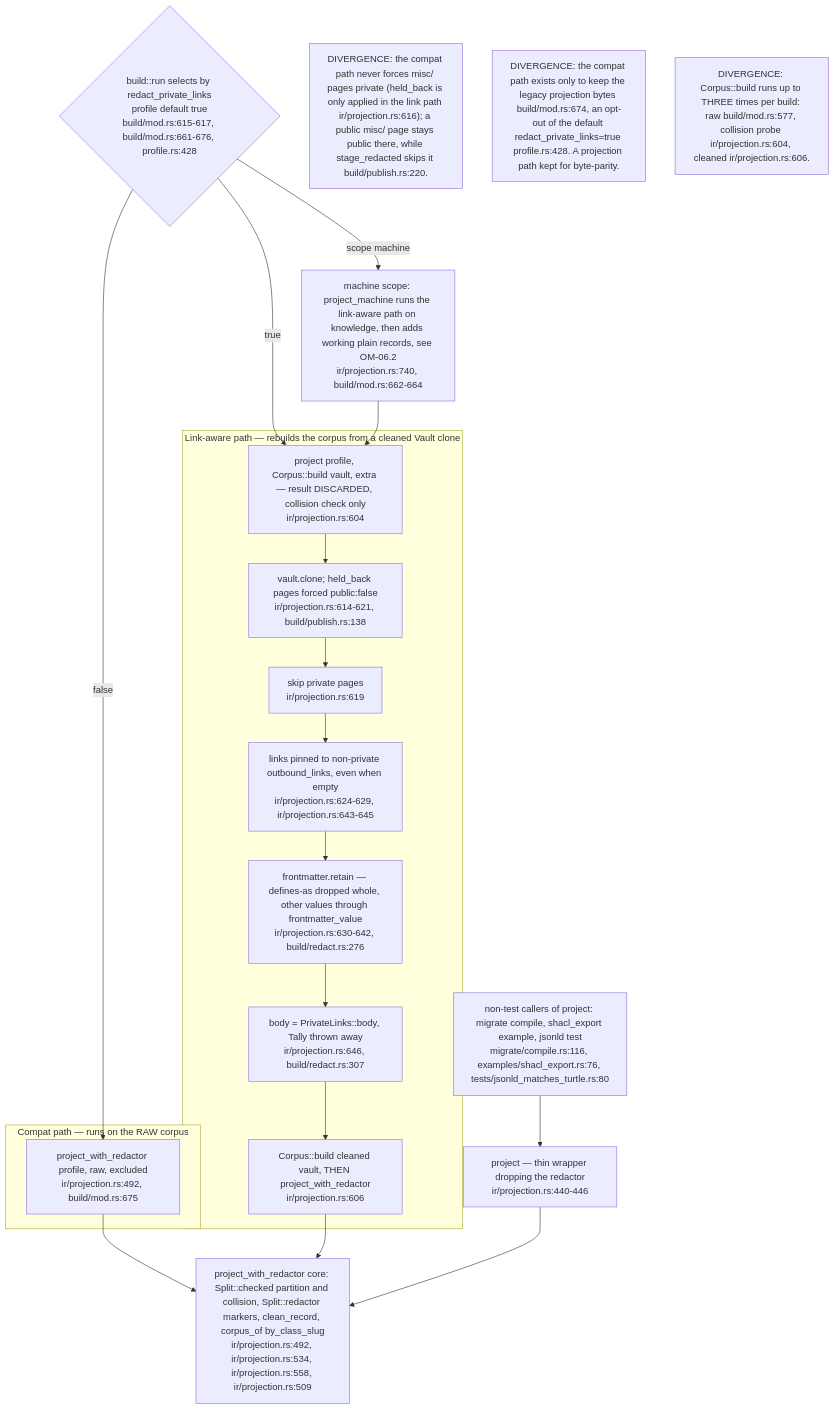
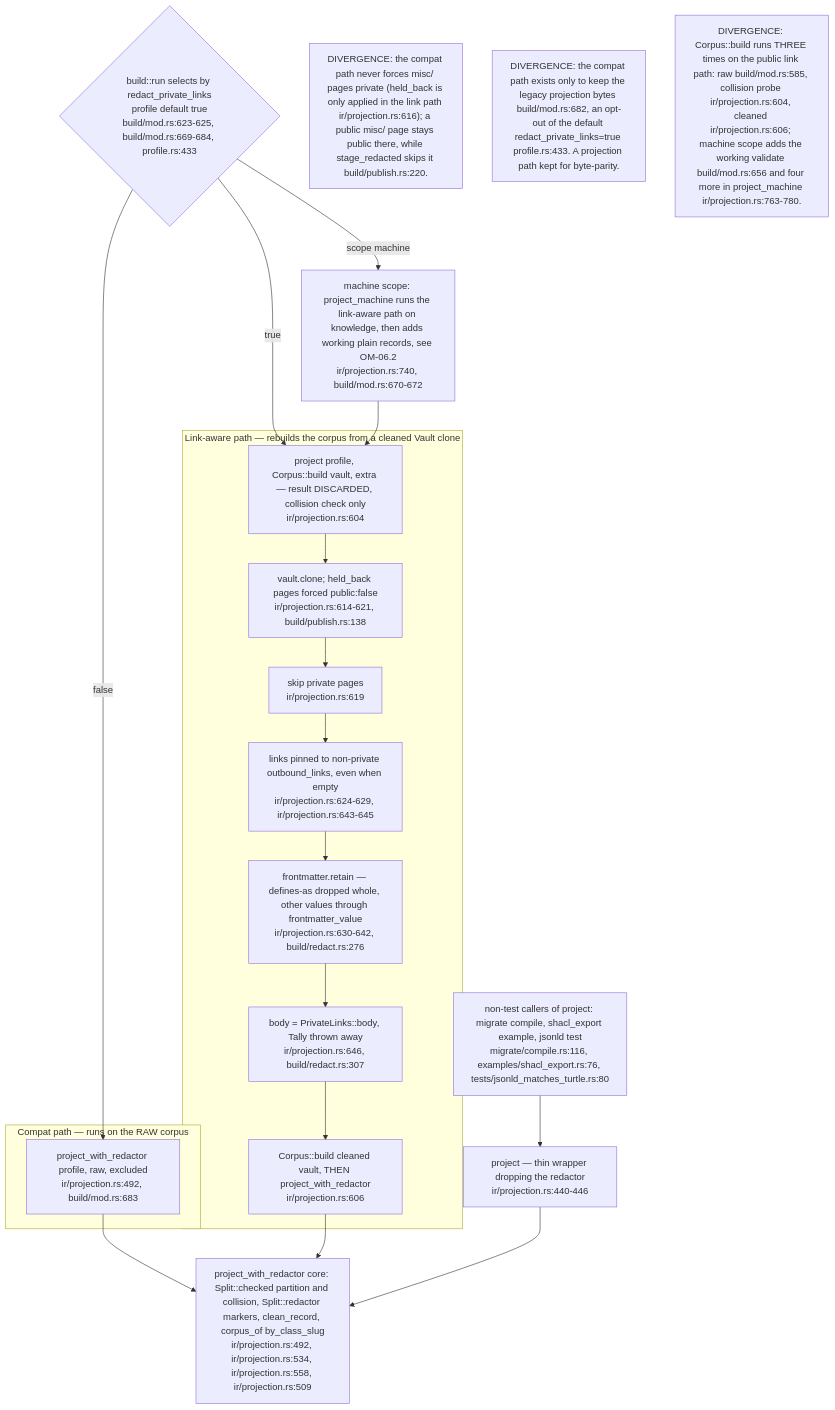
One commit to DreamLab-AI/VisionFlow changed the third of 6 diagrams in docs/diagrams/ontomark/02-ir-corpus-projection-and-redaction.md. Above: the diagram before and after it, drawn with Mermaid. The commit also changed other lines of this file and 91 other files, not shown here.

````diff
--- a/docs/diagrams/ontomark/02-ir-corpus-projection-and-redaction.md
+++ b/docs/diagrams/ontomark/02-ir-corpus-projection-and-redaction.md
@@ -111,30 +111,30 @@
 ```mermaid
 flowchart TD
-    SEL{"build::run selects by redact_private_links<br/>profile default true<br/>build/mod.rs:615-617, build/mod.rs:661-676, profile.rs:428"}
+    SEL{"build::run selects by redact_private_links<br/>profile default true<br/>build/mod.rs:623-625, build/mod.rs:669-684, profile.rs:433"}
     subgraph LEGACY["Compat path — runs on the RAW corpus"]
-      PWR["project_with_redactor profile, raw, excluded<br/>ir/projection.rs:492, build/mod.rs:675"]
+      PWR["project_with_redactor profile, raw, excluded<br/>ir/projection.rs:492, build/mod.rs:683"]
     end
     subgraph LINKS["Link-aware path — rebuilds the corpus from a cleaned Vault clone"]
       L1["project profile, Corpus::build vault, extra — result DISCARDED, collision check only<br/>ir/projection.rs:604"]
       L2["vault.clone; held_back pages forced public:false<br/>ir/projection.rs:614-621, build/publish.rs:138"]
       L3["skip private pages<br/>ir/projection.rs:619"]
       L4["links pinned to non-private outbound_links, even when empty<br/>ir/projection.rs:624-629, ir/projection.rs:643-645"]
       L5["frontmatter.retain — defines-as dropped whole, other values through frontmatter_value<br/>ir/projection.rs:630-642, build/redact.rs:276"]
       L6["body = PrivateLinks::body, Tally thrown away<br/>ir/projection.rs:646, build/redact.rs:307"]
       L7["Corpus::build cleaned vault, THEN project_with_redactor<br/>ir/projection.rs:606"]
       L1 --> L2 --> L3 --> L4 --> L5 --> L6 --> L7
     end
     CORE["project_with_redactor core: Split::checked partition and collision, Split::redactor markers, clean_record, corpus_of by_class_slug<br/>ir/projection.rs:492, ir/projection.rs:534, ir/projection.rs:558, ir/projection.rs:509"]
     WRAP["project — thin wrapper dropping the redactor<br/>ir/projection.rs:440-446"]
-    MACH["machine scope: project_machine runs the link-aware path on knowledge, then adds working plain records, see OM-06.2<br/>ir/projection.rs:740, build/mod.rs:662-664"]
+    MACH["machine scope: project_machine runs the link-aware path on knowledge, then adds working plain records, see OM-06.2<br/>ir/projection.rs:740, build/mod.rs:670-672"]
     SEL -->|false| PWR --> CORE
     SEL -->|true| L1
     SEL -->|scope machine| MACH --> L1
     L7 --> CORE
     WRAP --> CORE
     PROD["non-test callers of project: migrate compile, shacl_export example, jsonld test<br/>migrate/compile.rs:116, examples/shacl_export.rs:76, tests/jsonld_matches_turtle.rs:80"]
     PROD --> WRAP
     n1["DIVERGENCE: the compat path never forces misc/ pages private (held_back is only applied in the link path ir/projection.rs:616); a public misc/ page stays public there, while stage_redacted skips it build/publish.rs:220."]
-    n2["DIVERGENCE: the compat path exists only to keep the legacy projection bytes build/mod.rs:674, an opt-out of the default redact_private_links=true profile.rs:428. A projection path kept for byte-parity."]
-    n3["DIVERGENCE: Corpus::build runs up to THREE times per build: raw build/mod.rs:577, collision probe ir/projection.rs:604, cleaned ir/projection.rs:606."]
+    n2["DIVERGENCE: the compat path exists only to keep the legacy projection bytes build/mod.rs:682, an opt-out of the default redact_private_links=true profile.rs:433. A projection path kept for byte-parity."]
+    n3["DIVERGENCE: Corpus::build runs THREE times on the public link path: raw build/mod.rs:585, collision probe ir/projection.rs:604, cleaned ir/projection.rs:606; machine scope adds the working validate build/mod.rs:656 and four more in project_machine ir/projection.rs:763-780."]
 ```
````
